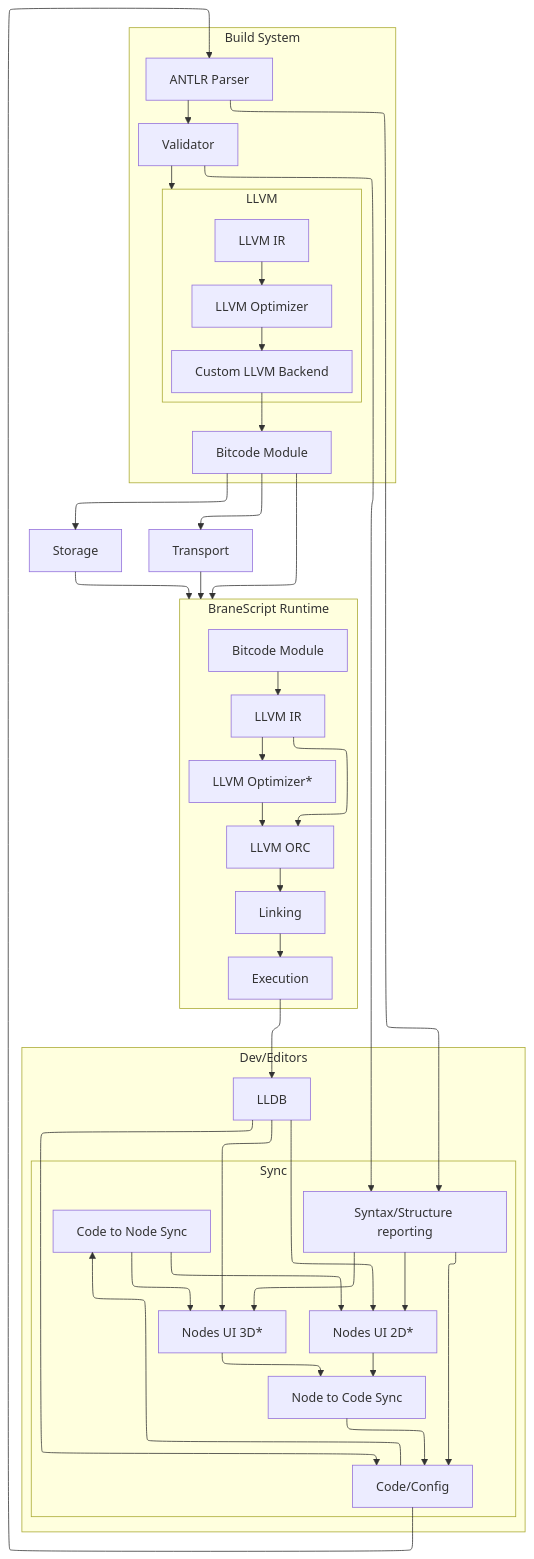
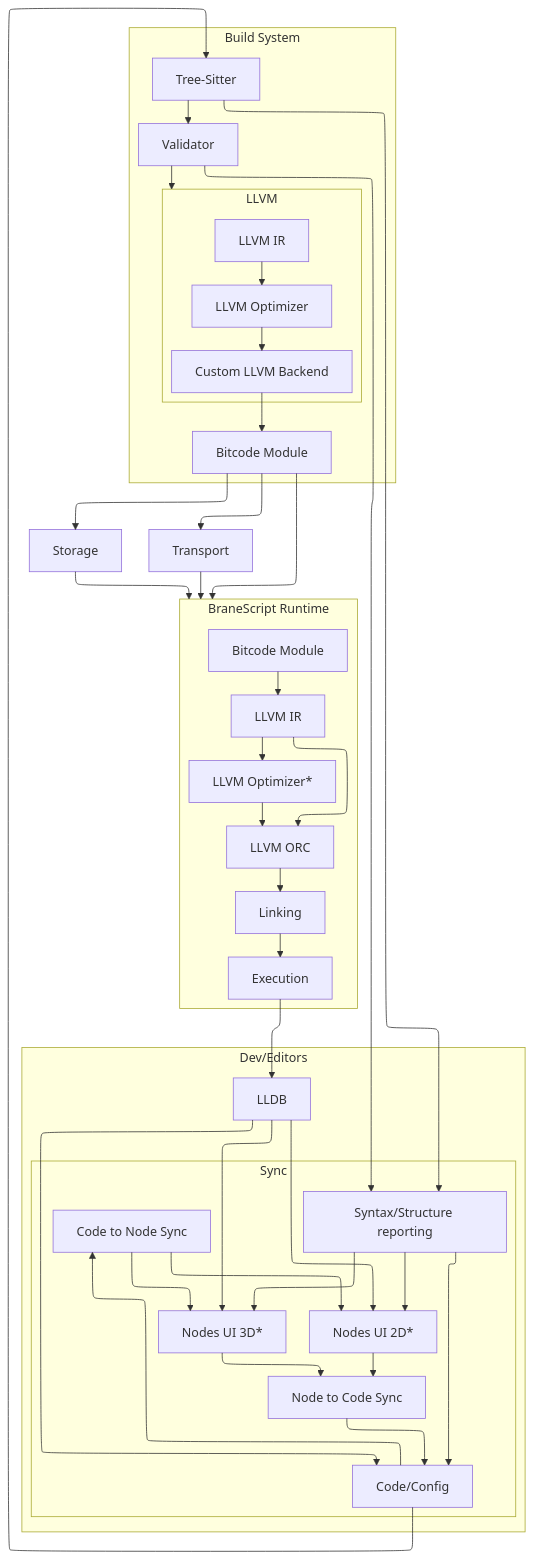
The diagram in docs/toolchain.md (WireWhiz/BraneScript), drawn with Mermaid before and after one commit. The commit also changed 1 other file, not shown here.

Commit message:
swap out antlr for tree-sitter

````diff
--- a/docs/toolchain.md
+++ b/docs/toolchain.md
@@ -3,63 +3,63 @@
 ```mermaid
 %%{init: {"flowchart": {"defaultRenderer": "elk"}} }%%
 flowchart TD
     subgraph Editor[Dev/Editors]
     subgraph Sync 
         NodeToCode[Node to Code Sync]
         CodeToNode[Code to Node Sync]
         Error[Syntax/Structure reporting]
 
         Error --> Code
         Error --> Nodes2D
         Error --> Nodes3D
 
     end
     LLDB --> Code
     LLDB --> Nodes2D   
     LLDB --> Nodes3D
     NodeToCode --> Code[Code/Config]
     Nodes2D[Nodes UI 2D*]
     Nodes3D[Nodes UI 3D*]
     Code --> CodeToNode
     CodeToNode --> Nodes2D
     Nodes2D --> NodeToCode
     CodeToNode --> Nodes3D
     Nodes3D --> NodeToCode
 
     end
-    Code --> ANTLR[ANTLR Parser]
+    Code --> Parser[Tree-Sitter]
     subgraph Build System
-    ANTLR --> Error
-    ANTLR --> Validator[Validator]
+    Parser --> Error
+    Parser --> Validator[Validator]
     Validator --> Error
     Validator --> LLVM
 
     subgraph LLVM
     
     IR[LLVM IR]  --> Optimizer[LLVM Optimizer]
     Optimizer --> Conv[Custom LLVM Backend]
     end
 
     Conv --> Bitcode[Bitcode Module]
 
     end
 
     Bitcode --> Storage[Storage] 
     Storage --> Runtime
 
     Bitcode --> Transport
     Transport --> Runtime
 
     Bitcode --> Runtime
 
     subgraph Runtime [BraneScript Runtime]
         Bitcode2[Bitcode Module] --> IR2[LLVM IR]
         IR2 --> Optimizer2[LLVM Optimizer*]
         IR2 --> JIT[LLVM ORC]
         Optimizer2 --> JIT
         JIT --> Linking
         Linking --> Execution[Execution]
         Execution --> LLDB
     end
 
 ```
````
